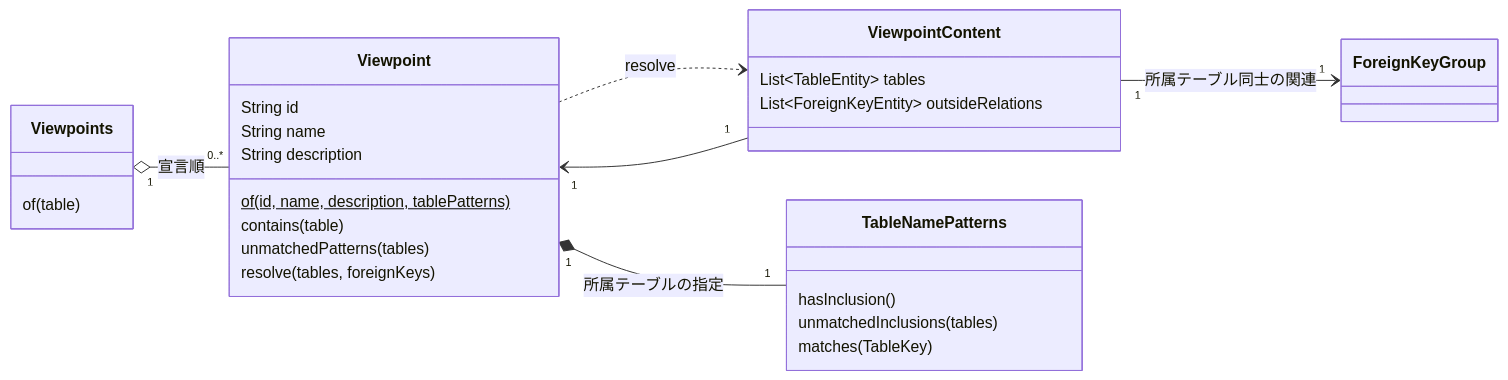
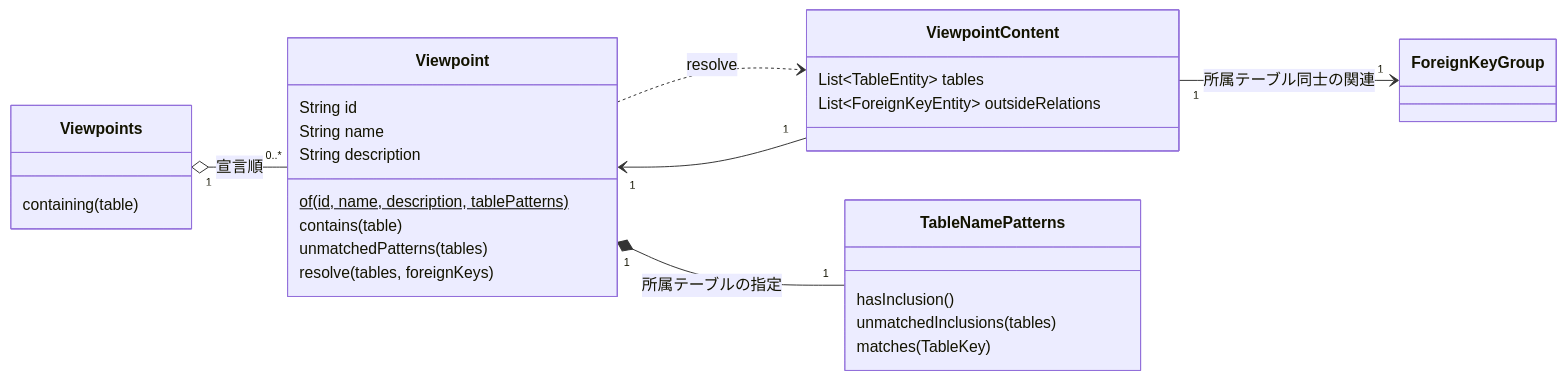
The fourth of 5 diagrams in docs/architecture/domain-model.md (ebichan88/exportTableDefinition), drawn with Mermaid before and after one commit. The commit also changed other lines of this file and 23 other files, not shown here.

````diff
--- a/docs/architecture/domain-model.md
+++ b/docs/architecture/domain-model.md
@@ -219,31 +219,31 @@
 ```mermaid
 classDiagram
   direction LR
   class Viewpoint {
     String id
     String name
     String description
     of(id, name, description, tablePatterns)$
     contains(table)
     unmatchedPatterns(tables)
     resolve(tables, foreignKeys)
   }
   class Viewpoints {
-    of(table)
+    containing(table)
   }
   class ViewpointContent {
     List~TableEntity~ tables
     List~ForeignKeyEntity~ outsideRelations
   }
   class TableNamePatterns {
     hasInclusion()
     unmatchedInclusions(tables)
     matches(TableKey)
   }
 
   Viewpoints "1" o-- "0..*" Viewpoint : 宣言順
   Viewpoint "1" *-- "1" TableNamePatterns : 所属テーブルの指定
   Viewpoint ..> ViewpointContent : resolve
   ViewpointContent "1" --> "1" Viewpoint
   ViewpointContent "1" --> "1" ForeignKeyGroup : 所属テーブル同士の関連
 ```
````
